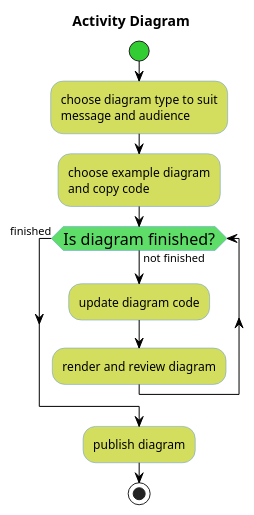
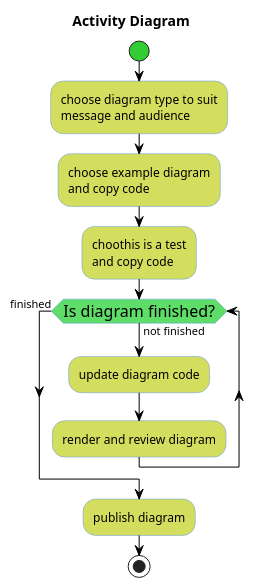
The diagram in demo/activity.puml (ShawInnes/docs-for-developers), drawn with PlantUML before and after one commit. The commit also changed 19 other files, not shown here.

```diff
--- a/demo/activity.puml
+++ b/demo/activity.puml
@@ -1,35 +1,40 @@
 @startuml Activity Diagram Demo
 
 title Activity Diagram
 
 skinparam activity {
     StartColor limegreen
     EndColor darkblue
     BackgroundColor #d4de5e
     BorderColor #5e94de
     ArrowColor black
 }
 
 skinparam activityDiamond {
     BackgroundColor #5ede68
     BorderColor #5e94de
     fontSize 16
 }
 
 start
 :choose diagram type to suit 
 message and audience;
 
+
 :choose example diagram
 and copy code;
+
+:choothis is a test
+and copy code;
+
 
 while (Is diagram finished?) is (not finished)
     :update diagram code;
     :render and review diagram;
 endwhile (finished)
 
 :publish diagram;
 
 stop
 
 @enduml
```
